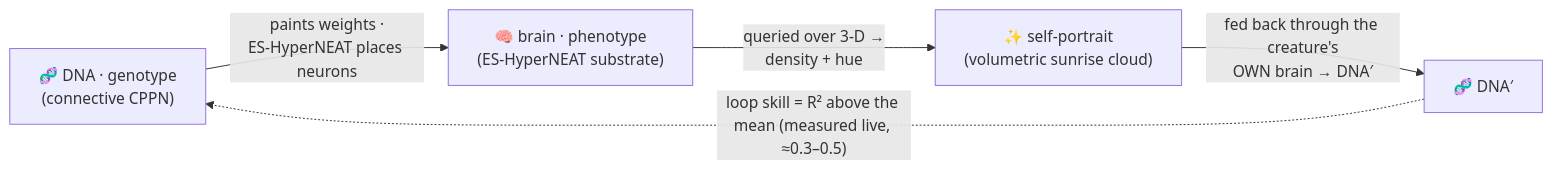
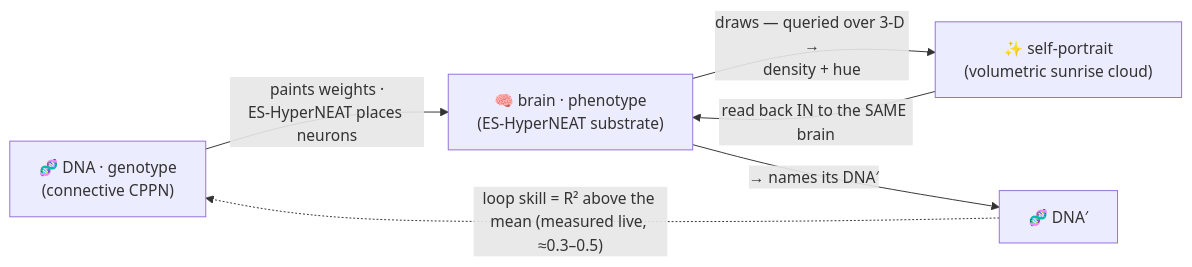
The first of 3 diagrams in docs/notes/architecture.md (admiralakber/autograph), drawn with Mermaid before and after one commit. The commit also changed 3 other files, not shown here.

First line of the commit message:
docs: correct the loop diagrams to portrait → back-into-brain → DNA′

````diff
--- a/docs/notes/architecture.md
+++ b/docs/notes/architecture.md
@@ -37,7 +37,8 @@
 ```mermaid
 flowchart LR
   DNA["🧬 DNA · genotype<br/>(connective CPPN)"] -->|"paints weights ·<br/>ES-HyperNEAT places neurons"| PHENO["🧠 brain · phenotype<br/>(ES-HyperNEAT substrate)"]
-  PHENO -->|"queried over 3-D →<br/>density + hue"| ART["✨ self-portrait<br/>(volumetric sunrise cloud)"]
-  ART -->|"fed back through the creature's<br/>OWN brain → DNA′"| DNA2["🧬 DNA′"]
+  PHENO -->|"draws — queried over 3-D →<br/>density + hue"| ART["✨ self-portrait<br/>(volumetric sunrise cloud)"]
+  ART -->|"read back IN to the SAME brain"| PHENO
+  PHENO -->|"→ names its DNA′"| DNA2["🧬 DNA′"]
   DNA2 -. "loop skill = R² above the mean (measured live, ≈0.3–0.5)" .-> DNA
 ```
````
